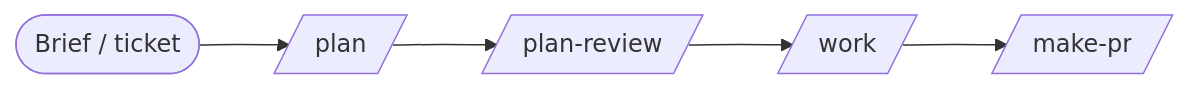
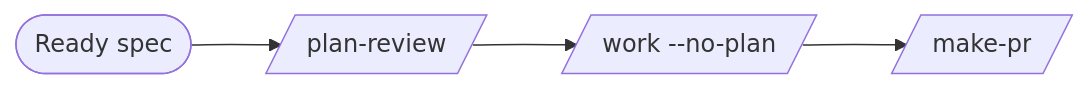
One commit to gmickel/flow-next changed the second of 5 diagrams in plugins/flow-next/codex/docs/flow-next/pipeline-variations.md. Above: the diagram before and after it, drawn with Mermaid. The commit also changed other lines of this file and 51 other files, not shown here.

First line of the commit message:
feat(work): make task decomposition optional for cohesive specs

````diff
--- a/plugins/flow-next/codex/docs/flow-next/pipeline-variations.md
+++ b/plugins/flow-next/codex/docs/flow-next/pipeline-variations.md
@@ -60,4 +50,4 @@
 ```mermaid
 flowchart LR
-    B([Brief / ticket]) --> P[/plan/] --> PR[/plan-review/] --> W[/work/] --> M[/make-pr/]
+    S([Ready spec]) --> PR[/plan-review/] --> W[/work --no-plan/] --> M[/make-pr/]
 ```
````
